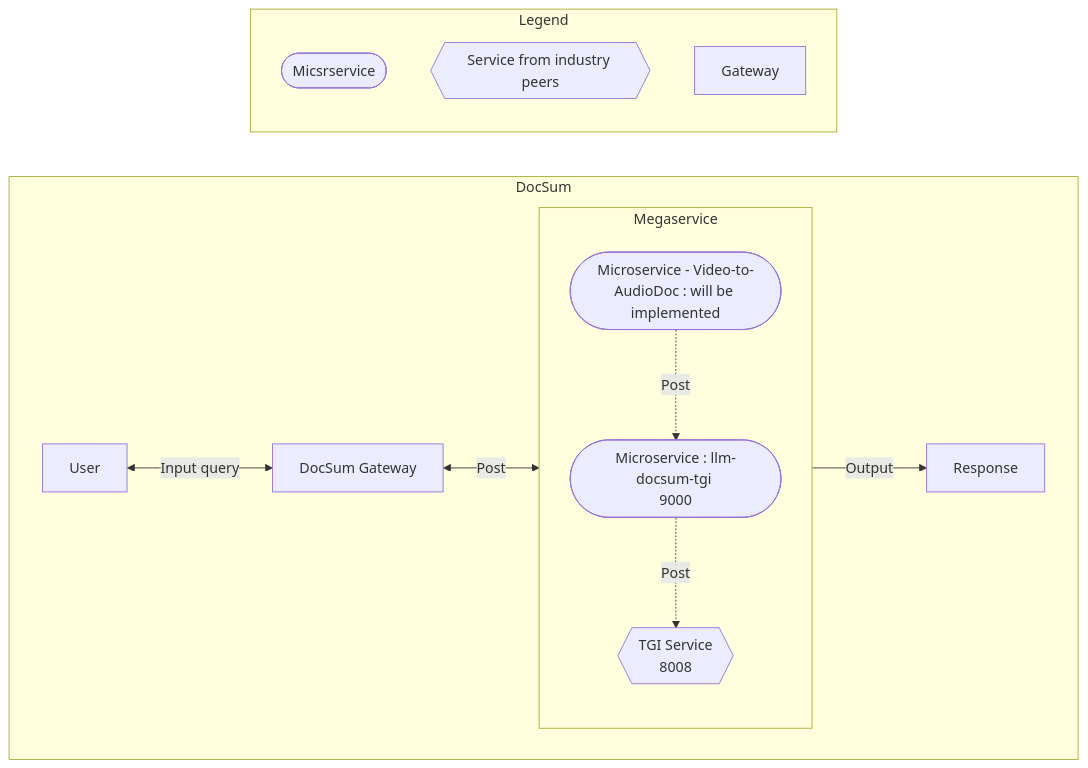
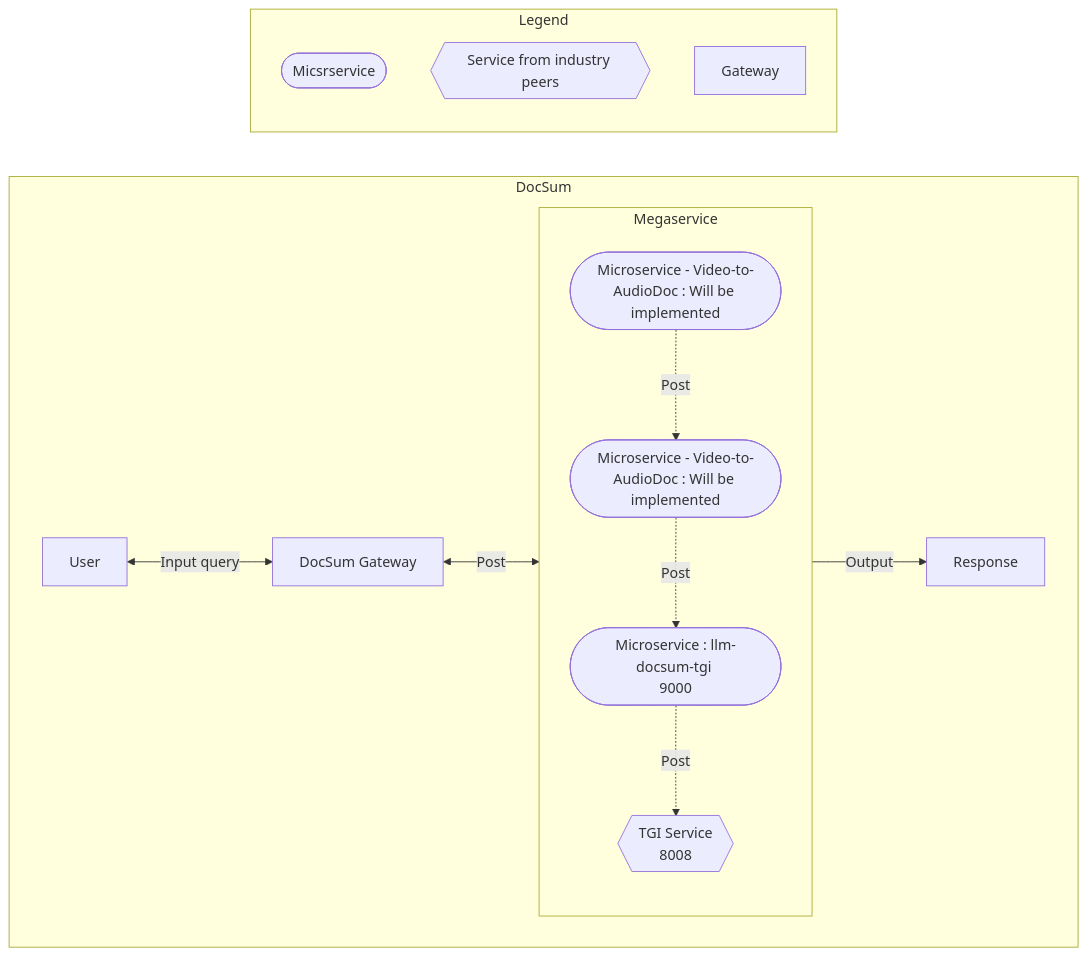
Before and after one commit to opea-project/docs: the first of 2 diagrams in community/rfcs/RFC_DocSum_Video_Audio.md, drawn with Mermaid.

Commit message:
adding RFC

````diff
--- a/community/rfcs/RFC_DocSum_Video_Audio.md
+++ b/community/rfcs/RFC_DocSum_Video_Audio.md
@@ -59,18 +59,18 @@
 ```mermaid
 flowchart LR
     subgraph DocSum
         direction LR
         A[User] <--> |Input query| B[DocSum Gateway]
         B <--> |Post| Megaservice
         subgraph Megaservice["Megaservice"]
             direction TB
-            C([ Microservice - Video-to-AudioDoc : will be implemented]) -. Post .-> D([ Microservice : llm-docsum-tgi <br>9000]) -. Post .-> E{{TGI Service<br>8008}}
+            C([ Microservice - Video-to-AudioDoc : Will be implemented]) -. Post .-> D([ Microservice - Video-to-AudioDoc : Will be implemented]) -. Post .-> E([ Microservice : llm-docsum-tgi <br>9000]) -. Post .-> F{{TGI Service<br>8008}}
         end
-        Megaservice --> |Output| F[Response]
+        Megaservice --> |Output| G[Response]
     end
     subgraph Legend
         X([Micsrservice])
         Y{{Service from industry peers}}
         Z[Gateway]
     end
 ```
````
